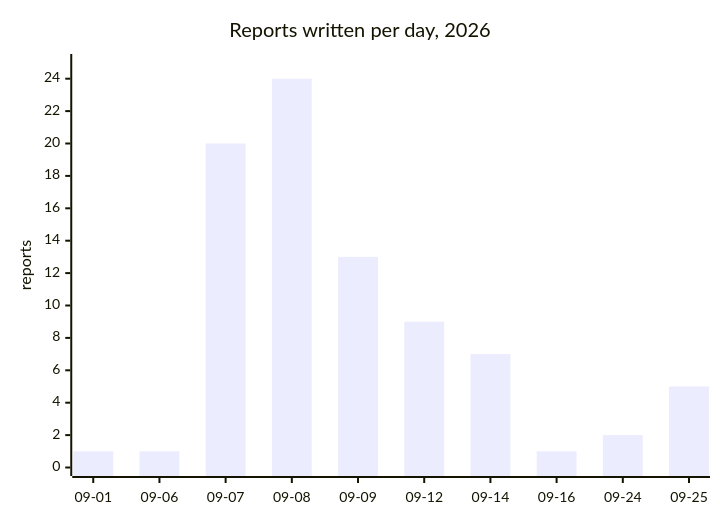
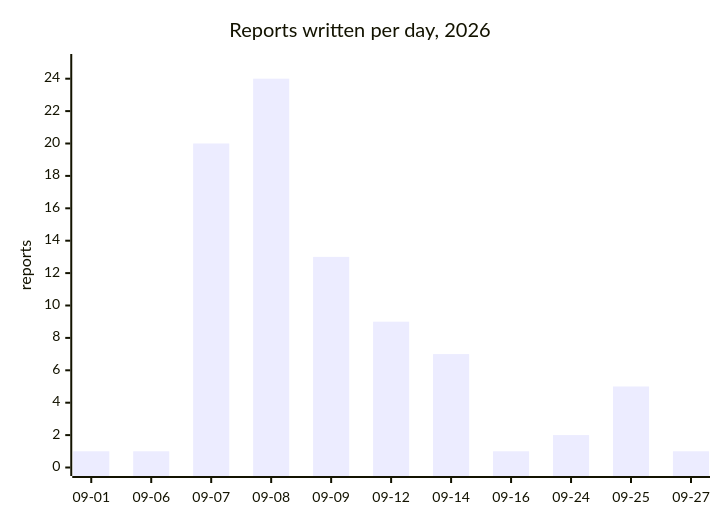
One commit to cluster2600/porscheparts changed the diagram in docs/reports/README.md. Above: the diagram before and after it, drawn with Mermaid. The commit also changed other lines of this file and 1 other file, not shown here.

````diff
--- a/docs/reports/README.md
+++ b/docs/reports/README.md
@@ -7,7 +7,7 @@
 ```mermaid
 xychart-beta
     title "Reports written per day, 2026"
-    x-axis ["09-01", "09-06", "09-07", "09-08", "09-09", "09-12", "09-14", "09-16", "09-24", "09-25"]
+    x-axis ["09-01", "09-06", "09-07", "09-08", "09-09", "09-12", "09-14", "09-16", "09-24", "09-25", "09-27"]
     y-axis "reports" 0 --> 25
-    bar [1, 1, 20, 24, 13, 9, 7, 1, 2, 5]
+    bar [1, 1, 20, 24, 13, 9, 7, 1, 2, 5, 1]
 ```
````
